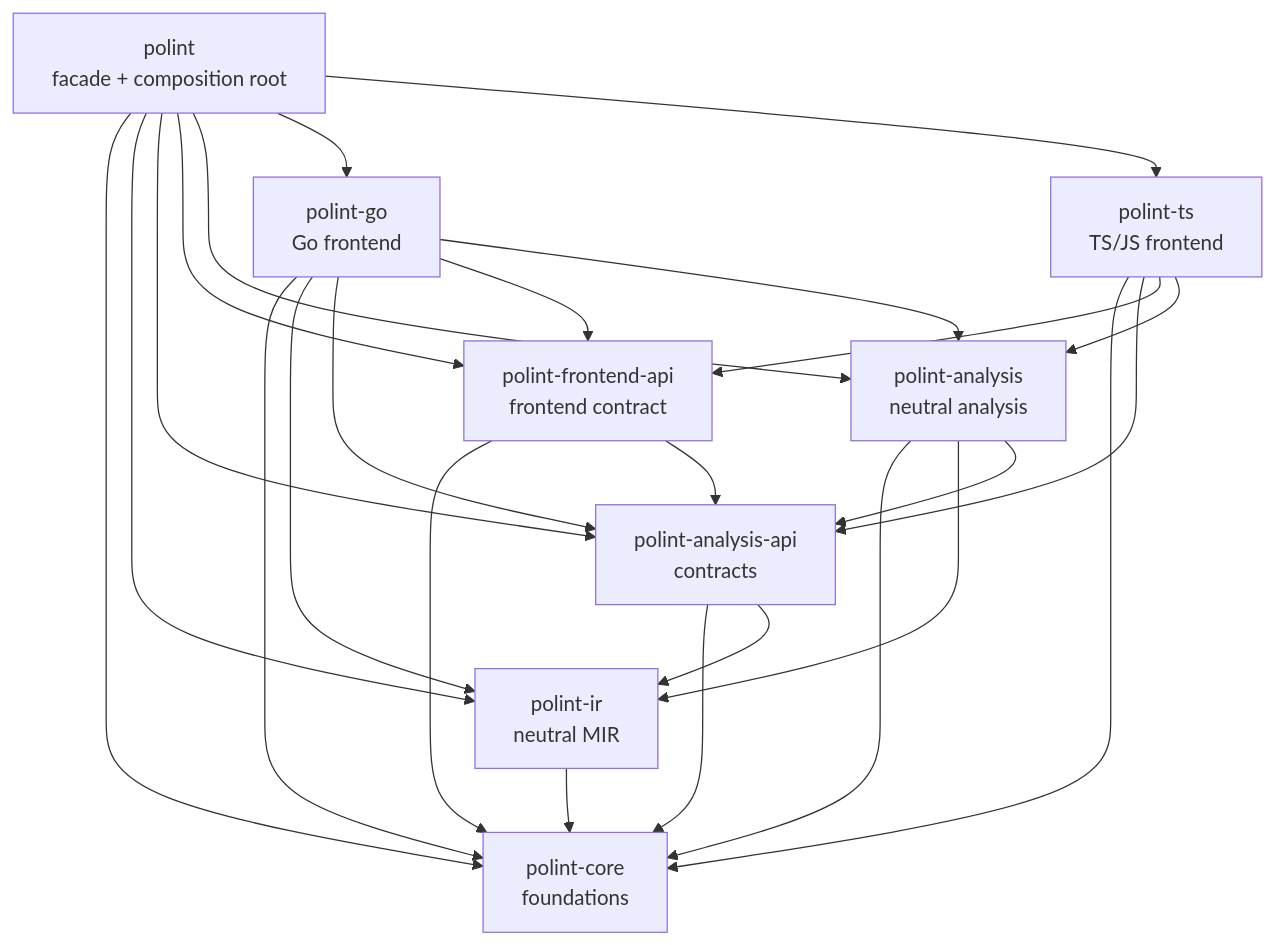
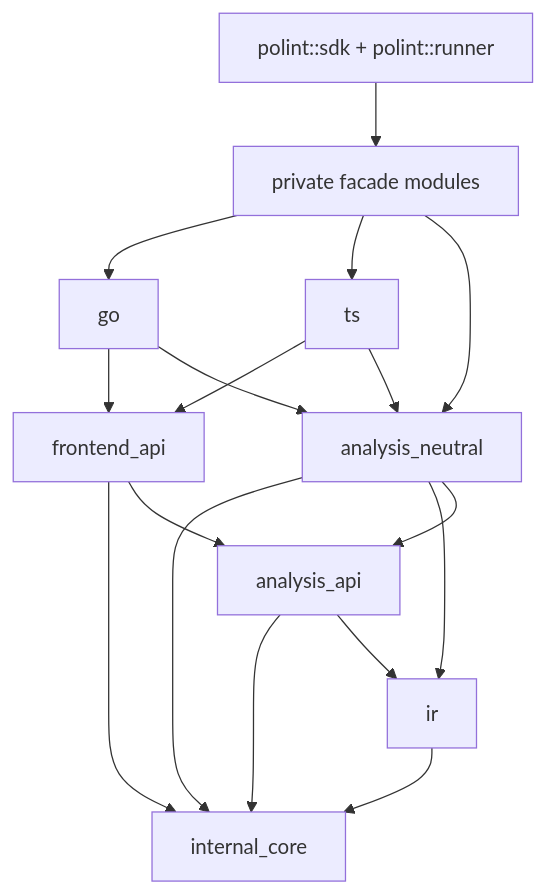
Before and after one commit to emilwareus/polint: the diagram in ARCHITECTURE.md, drawn with Mermaid. The commit also changed other lines of this file and 661 other files, not shown here.

````diff
--- a/ARCHITECTURE.md
+++ b/ARCHITECTURE.md
@@ -31,36 +47,29 @@
 ```mermaid
 flowchart TD
-    core["polint-core\nfoundations"]
-    ir["polint-ir\nneutral MIR"]
-    api["polint-analysis-api\ncontracts"]
-    frontend_api["polint-frontend-api\nfrontend contract"]
-    analysis["polint-analysis\nneutral analysis"]
-    go["polint-go\nGo frontend"]
-    ts["polint-ts\nTS/JS frontend"]
-    facade["polint\nfacade + composition root"]
+    core["internal_core"]
+    ir["ir"]
+    api["analysis_api"]
+    frontend_api["frontend_api"]
+    analysis["analysis_neutral"]
+    go["go"]
+    ts["ts"]
+    facade["private facade modules"]
+    public["polint::sdk + polint::runner"]
 
     ir --> core
     api --> core
     api --> ir
     frontend_api --> core
     frontend_api --> api
     analysis --> core
     analysis --> ir
     analysis --> api
-    go --> core
-    go --> ir
-    go --> api
     go --> frontend_api
     go --> analysis
-    ts --> core
-    ts --> api
     ts --> frontend_api
     ts --> analysis
-    facade --> core
-    facade --> ir
-    facade --> api
-    facade --> frontend_api
-    facade --> analysis
     facade --> go
     facade --> ts
+    facade --> analysis
+    public --> facade
 ```
````
